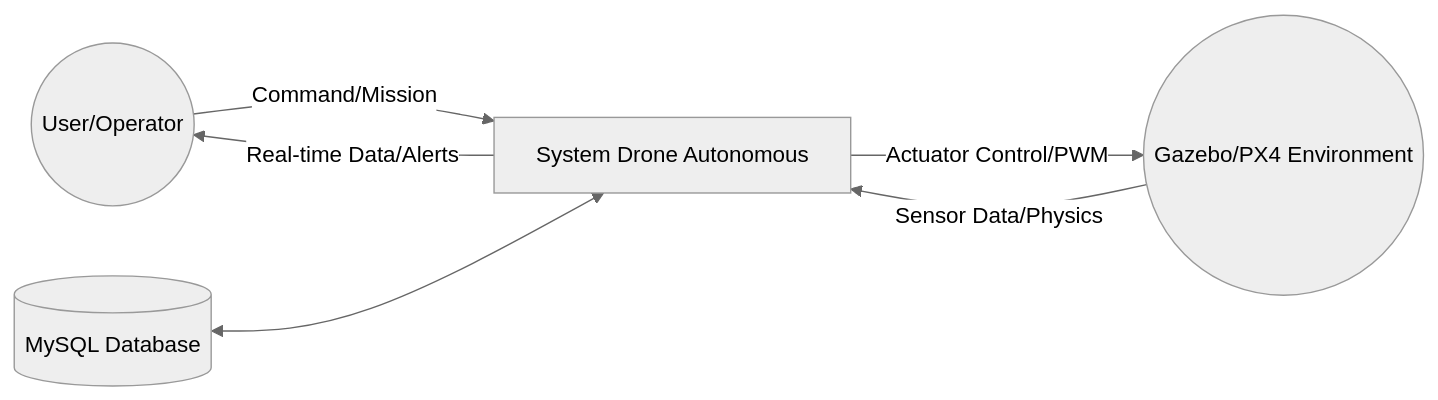
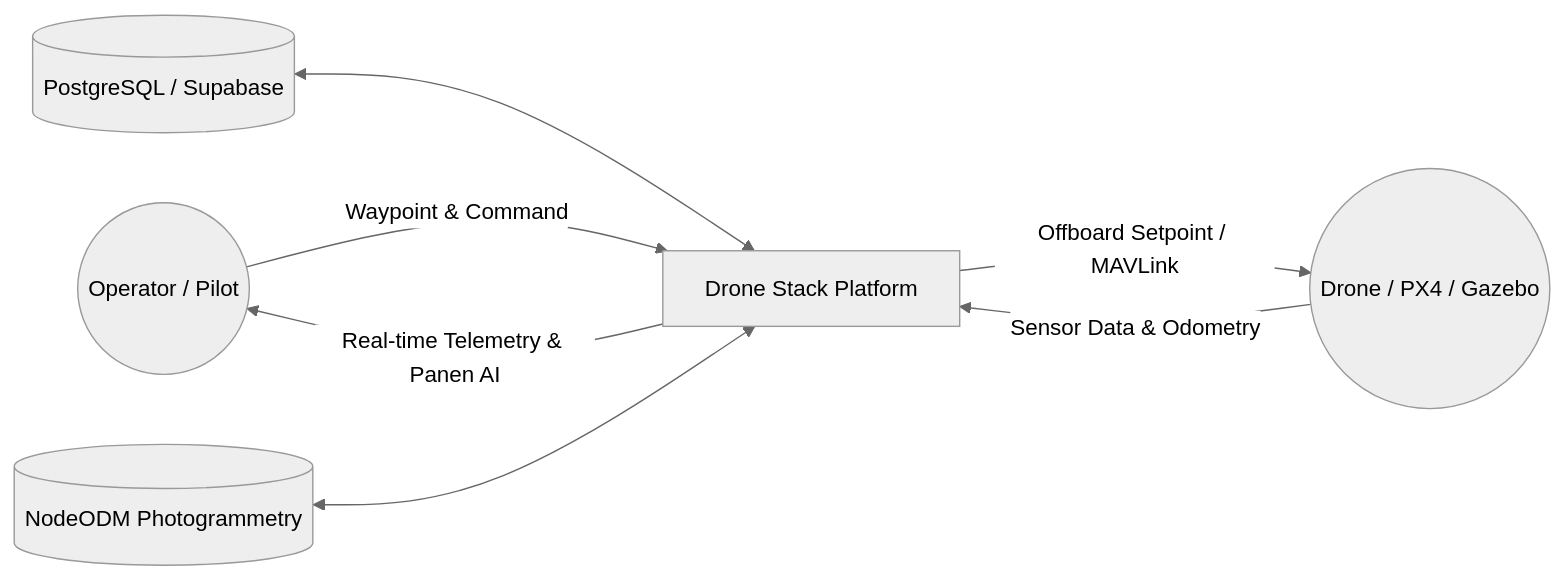
Before and after one commit to MTaufikIqball00/Harvest_Drone: the second of 3 diagrams in docs/SYSTEM_DOCUMENTATION.md, drawn with Mermaid (neutral theme). The commit also changed other lines of this file and 1056 other files, not shown here.

````diff
--- a/docs/SYSTEM_DOCUMENTATION.md
+++ b/docs/SYSTEM_DOCUMENTATION.md
@@ -133,10 +155,11 @@
 ```mermaid
 graph LR
-    User((User/Operator)) -- "Command/Mission" --> System[System Drone Autonomous]
-    System -- "Real-time Data/Alerts" --> User
+    Operator((Operator / Pilot)) -- "Waypoint & Command" --> System[Drone Stack Platform]
+    System -- "Real-time Telemetry & Panen AI" --> Operator
     
-    Gazebo((Gazebo/PX4 Environment)) -- "Sensor Data/Physics" --> System
-    System -- "Actuator Control/PWM" --> Gazebo
+    Drone((Drone / PX4 / Gazebo)) -- "Sensor Data & Odometry" --> System
+    System -- "Offboard Setpoint / MAVLink" --> Drone
     
-    DB[(MySQL Database)] <--> System
+    PostgreSQL[(PostgreSQL / Supabase)] <--> System
+    NodeODM[(NodeODM Photogrammetry)] <--> System
 ```
````
